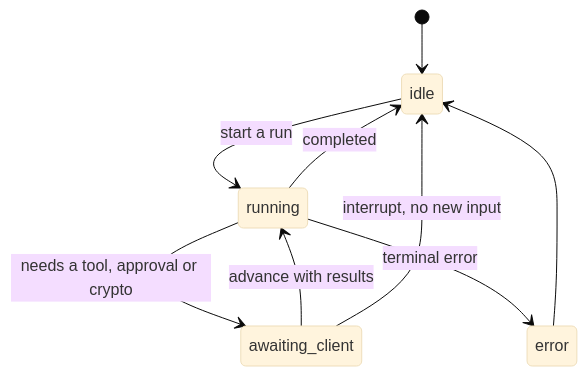
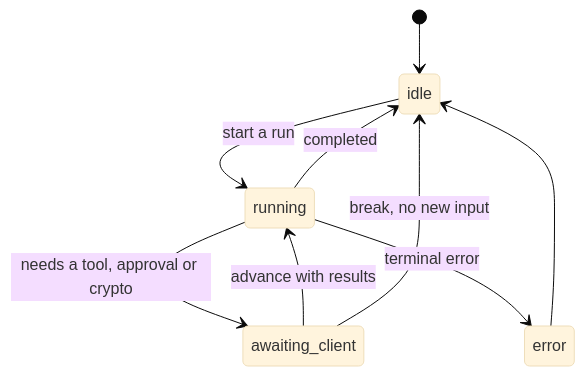
Before and after one commit to smista-ai/smista.ai: the first of 6 diagrams in docs/technical/execution-protocol.md, drawn with Mermaid (base theme). The commit also changed other lines of this file and 27 other files, not shown here.

````diff
--- a/docs/technical/execution-protocol.md
+++ b/docs/technical/execution-protocol.md
@@ -110,11 +110,11 @@
 ```mermaid
 stateDiagram-v2
     [*] --> idle
     idle --> running: start a run
     running --> awaiting_client: needs a tool, approval or crypto
     awaiting_client --> running: advance with results
     running --> idle: completed
     running --> error: terminal error
-    awaiting_client --> idle: interrupt, no new input
+    awaiting_client --> idle: break, no new input
     error --> idle
 ```
````
